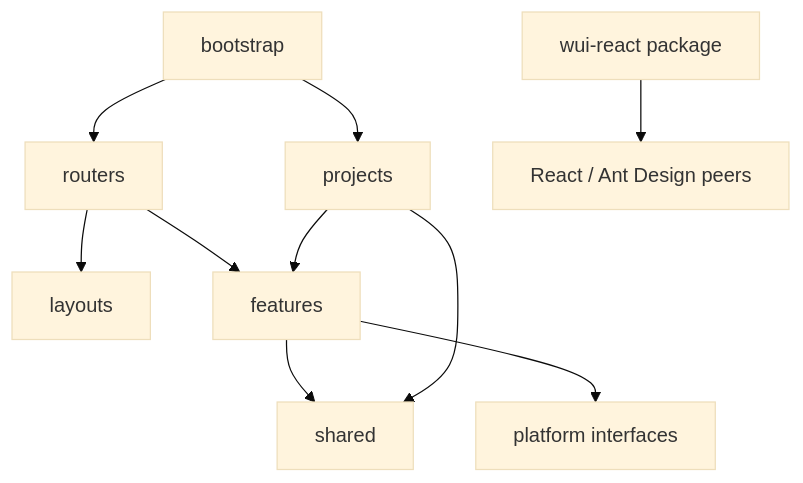
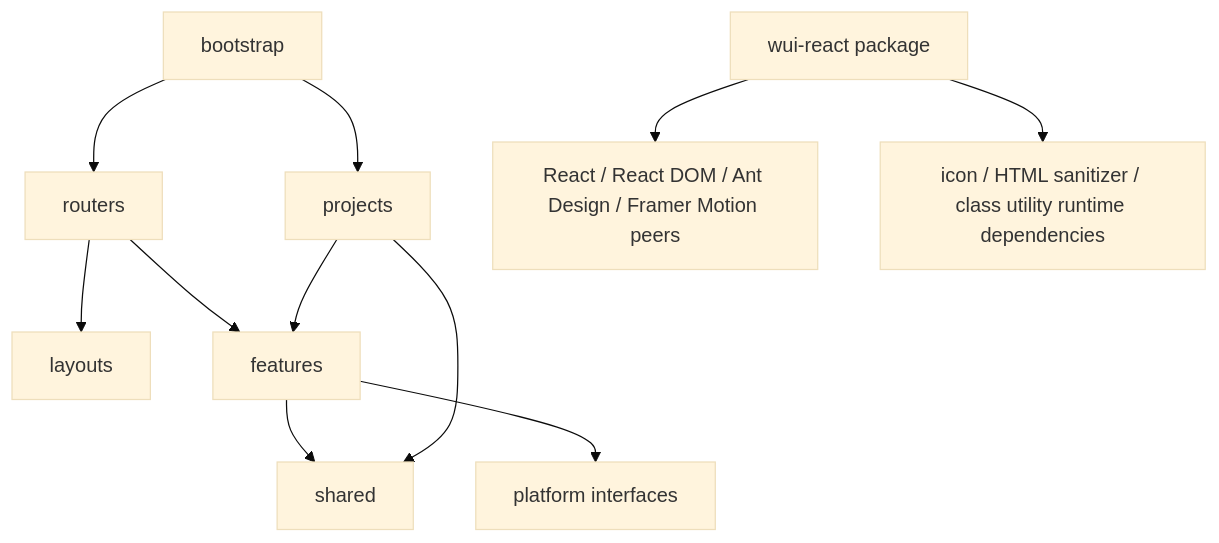
Before and after one commit to wkylin/pro-react-admin: the diagram in docs/ENGINEERING_ARCHITECTURE.md, drawn with Mermaid (base theme). The commit also changed other lines of this file and 56 other files, not shown here.

Commit message:
feat(wui-react): release clean v5 package architecture

````diff
--- a/docs/ENGINEERING_ARCHITECTURE.md
+++ b/docs/ENGINEERING_ARCHITECTURE.md
@@ -148,12 +160,13 @@
 ```mermaid
 flowchart TD
   App[bootstrap] --> Routers[routers]
   App --> Projects[projects]
   Routers --> Layouts[layouts]
   Routers --> Features[features]
   Features --> Shared[shared]
   Features --> Platform[platform interfaces]
   Projects --> Features
   Projects --> Shared
-  Wui[wui-react package] --> Peer[React / Ant Design peers]
+  Wui[wui-react package] --> Peer[React / React DOM / Ant Design / Framer Motion peers]
+  Wui --> Runtime[icon / HTML sanitizer / class utility runtime dependencies]
 ```
````
